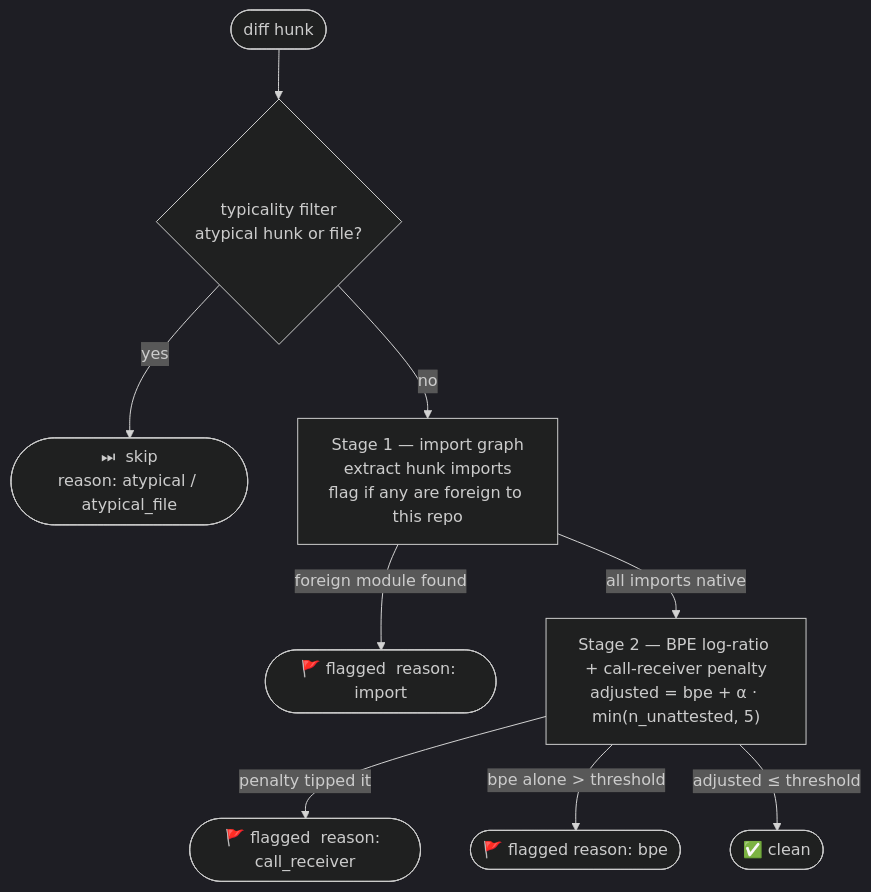
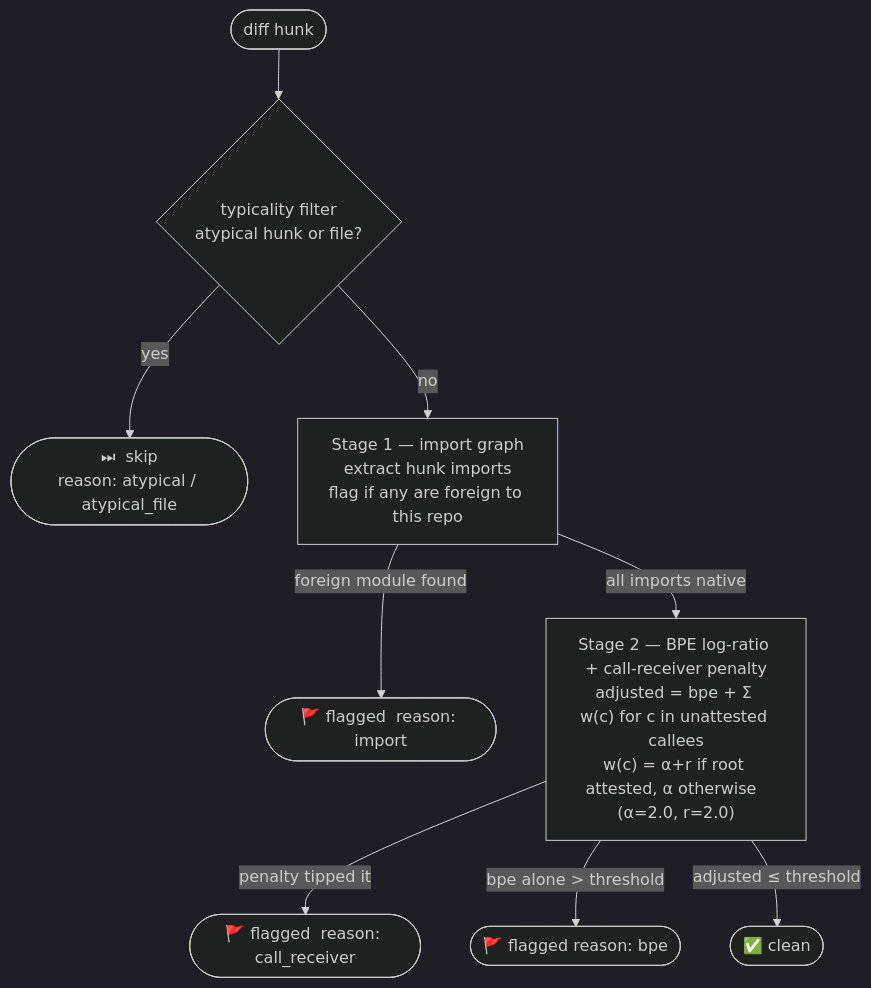
One commit to get-tmonier/argot changed the second of 2 diagrams in README.md. Above: the diagram before and after it, drawn with Mermaid (dark theme). The commit also changed other lines of this file and 1 other file, not shown here.

First line of the commit message:
docs: update root README to era-10 baseline (#34)

````diff
--- a/README.md
+++ b/README.md
@@ -221,11 +223,11 @@
 ```mermaid
 flowchart TD
     H(["diff hunk"]) --> TYP{"typicality filter<br/>atypical hunk or file?"}
     TYP -- yes --> SKIP(["⏭  skip<br/>reason: atypical / atypical_file"])
     TYP -- no --> S1["Stage 1 — import graph\nextract hunk imports\nflag if any are foreign to this repo"]
     S1 -- "foreign module found" --> F1(["🚩 flagged  reason: import"])
-    S1 -- "all imports native" --> S2["Stage 2 — BPE log-ratio + call-receiver penalty\nadjusted = bpe + α · min(n_unattested, 5)"]
+    S1 -- "all imports native" --> S2["Stage 2 — BPE log-ratio + call-receiver penalty\nadjusted = bpe + Σ w(c) for c in unattested callees\nw(c) = α+r if root attested, α otherwise  (α=2.0, r=2.0)"]
     S2 -- "penalty tipped it" --> F15(["🚩 flagged  reason: call_receiver"])
     S2 -- "bpe alone > threshold" --> F2(["🚩 flagged  reason: bpe"])
     S2 -- "adjusted ≤ threshold" --> OK(["✅ clean"])
 ```
````
